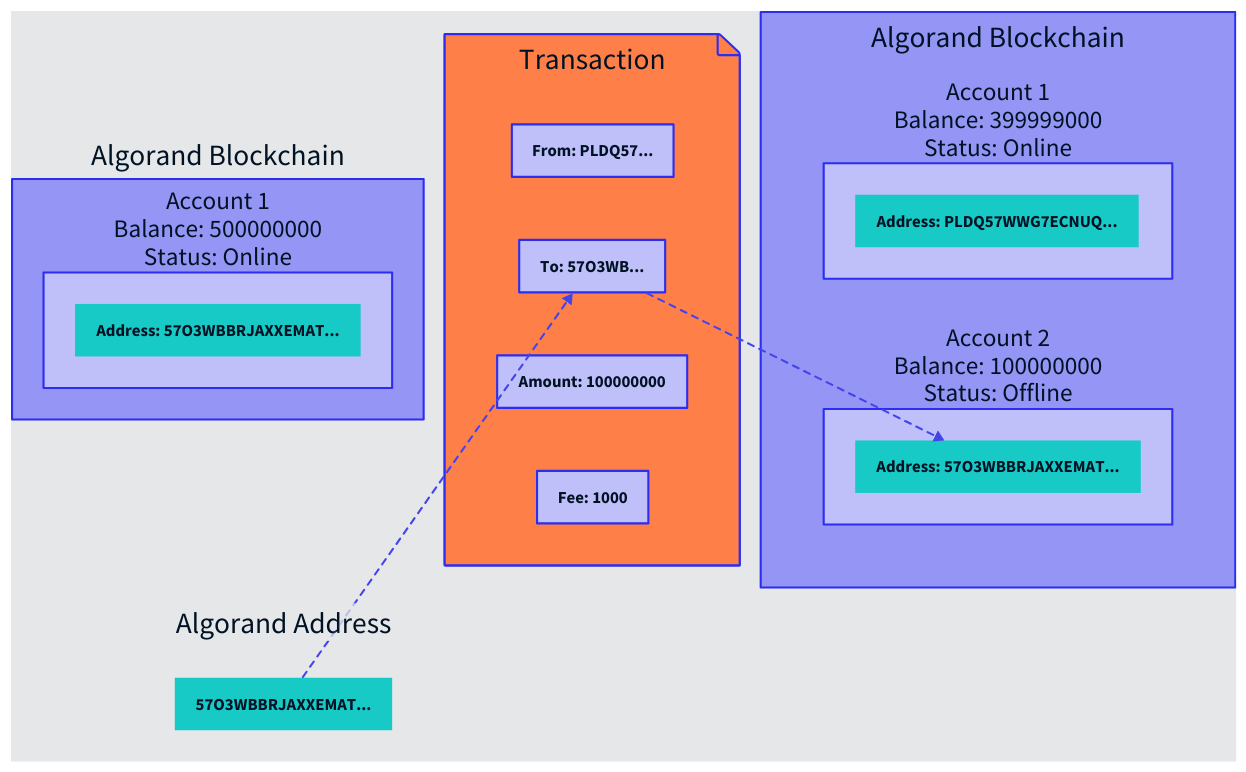
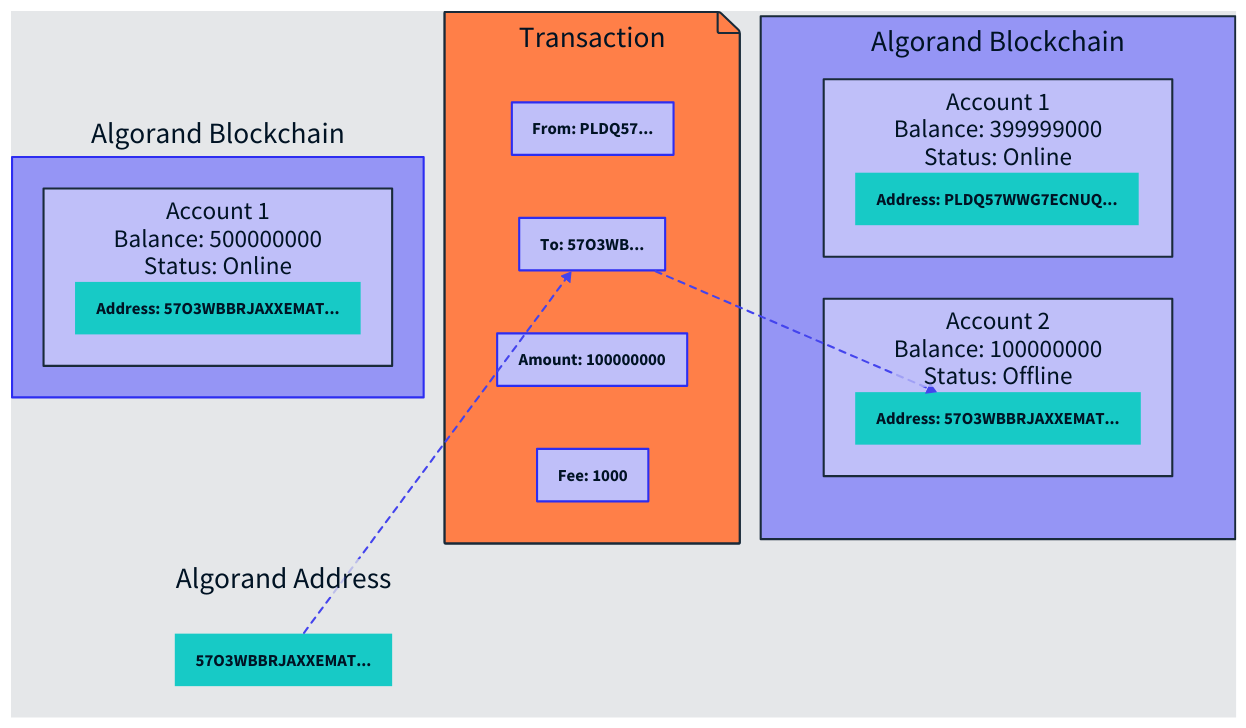
The diagram in src/assets/diagrams/d2/accounts-overview-initialize-account.d2 (marilene38/devportal), drawn with D2 before and after one commit.

Commit message:
Updated theme overrides

```diff
--- a/src/assets/diagrams/d2/accounts-overview-initialize-account.d2
+++ b/src/assets/diagrams/d2/accounts-overview-initialize-account.d2
@@ -1,112 +1,130 @@
 direction: right
 vars: {
   d2-config: {
     pad: 50
     theme-overrides: {
       N1: "#001324"
       N2: "#192A39"
       N4: "#4C5965"
       N5: "#7F8991"
       N7: "#E5E7E9"
       B1: "#2D2DF1"
       B2: "#4444ED"
       B3: "#6C6CF1"
       B4: "#9595F5"
       B5: "#BFBFF9"
       B6: "#E9E9FD"
       AA4: "#FF7F48"
       AA5: "#FF7F48"
       AB4: "#FF7F48"
       AB5: "#FF7F48"
     }
   }
 }
 
 classes: {
   tealBox: {
     style: {
       fill: "#17CAC6"
       stroke-width: 0
     }
   }
+  container: {
+    label.near: top-center
+    style: {
+      stroke: "#192A39"
+    }
+  }
 }
 leftBlockchain: {
   near: center-left
   shape: rectangle
   label: "Algorand Blockchain"
   account1: {
     shape: rectangle
     label: "Account 1\nBalance: 500000000\nStatus: Online"
     address: {
       height: 50
       label: "Address: 57O3WBBRJAXXEMAT..."
     }
     address.class: tealBox
   }
+  account1.class: container
 }
-algorandAddress: Algorand Address {
+algorandAddress: {
   near: bottom-left
+  label: "Algorand Address"
   style: {
     fill: transparent
     stroke-width: 0
   }
   address: {
     height: 50
     label: "57O3WBBRJAXXEMAT..."
   }
   address.class: tealBox
 }
-transaction: Transaction {
+transaction: {
   shape: page
-  label.near: top-center
+  label: "Transaction"
+  style: {
+    stroke: "#192A39"
+  }
   from: {
     height: 50
     label: "From: PLDQ57..."
   }
   to: {
     height: 50
     label: "To: 57O3WB..."
   }
   amount: {
     height: 50
     label: "Amount: 100000000"
   }
   fee: {
     height: 50
     label: "Fee: 1000"
   }
 }
+transaction.class: container
+
 rightBlockchain: {
   grid-columns: 1
   near: center-right
   shape: rectangle
   label: "Algorand Blockchain"
   account1: {
     shape: rectangle
     label: "Account 1\nBalance: 399999000\nStatus: Online"
     address: {
       height: 50
       label: "Address: PLDQ57WWG7ECNUQ..."
     }
     address.class: tealBox
   }
+  account1.class: container
+  
   account2: {
     shape: rectangle
     label: "Account 2\nBalance: 100000000\nStatus: Offline"
     address: {
       height: 50
       label: "Address: 57O3WBBRJAXXEMAT..."
     }
     address.class: tealBox
   }
+  account2.class: container
 }
+rightBlockchain.class: container
+
 algorandAddress.address -> transaction.to: {
   style: {
     stroke-dash: 3
   }
 }
 transaction.to -> rightBlockchain.account2.address: {
   style: {
     stroke-dash: 3
   }
 }
```
